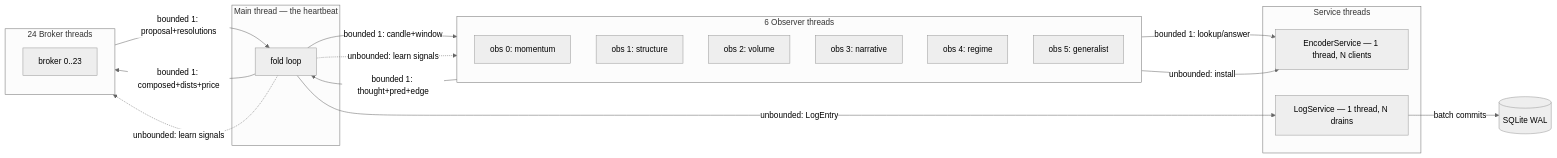
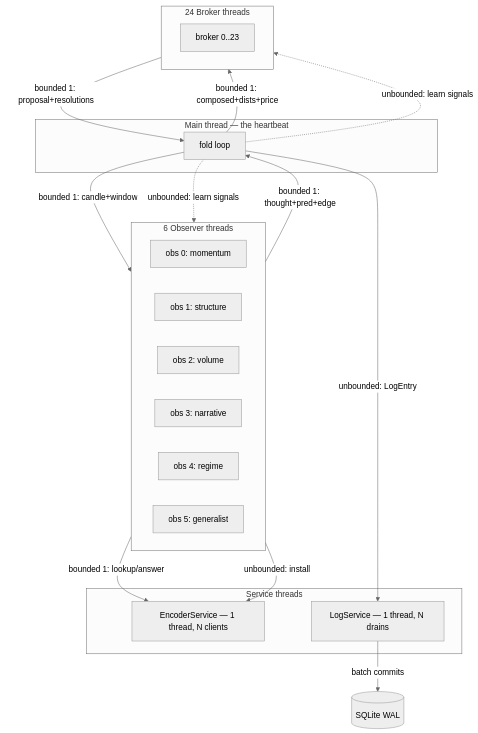
Diagram 11 of 11 in wat/CIRCUIT.md (watmin/holon-lab-trading), drawn with Mermaid (neutral theme) before and after one commit.

Commit message:
circuit 11: graph LR → graph TD — top down, not left right

````diff
--- a/wat/CIRCUIT.md
+++ b/wat/CIRCUIT.md
@@ -388,35 +388,35 @@
 ```mermaid
-graph LR
+graph TD
     subgraph MAIN [Main thread — the heartbeat]
         FOLD[fold loop]
     end
 
     subgraph OBS_THREADS [6 Observer threads]
         OT1[obs 0: momentum]
         OT2[obs 1: structure]
         OT3[obs 2: volume]
         OT4[obs 3: narrative]
         OT5[obs 4: regime]
         OT6[obs 5: generalist]
     end
 
     subgraph BRK_THREADS [24 Broker threads]
         BT[broker 0..23]
     end
 
     subgraph SERVICES [Service threads]
         ES[EncoderService — 1 thread, N clients]
         LS[LogService — 1 thread, N drains]
     end
 
     FOLD -->|bounded 1: candle+window| OBS_THREADS
     OBS_THREADS -->|bounded 1: thought+pred+edge| FOLD
     FOLD -.->|unbounded: learn signals| OBS_THREADS
     FOLD -->|bounded 1: composed+dists+price| BRK_THREADS
     BRK_THREADS -->|bounded 1: proposal+resolutions| FOLD
     FOLD -.->|unbounded: learn signals| BRK_THREADS
     OBS_THREADS -->|bounded 1: lookup/answer| ES
     OBS_THREADS -->|unbounded: install| ES
     FOLD -->|unbounded: LogEntry| LS
     LS -->|batch commits| DB[(SQLite WAL)]
 ```
````
